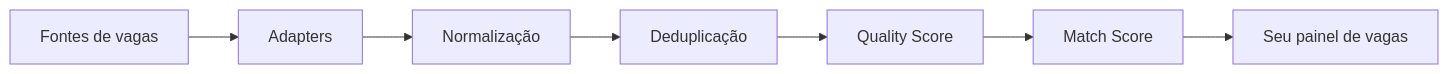
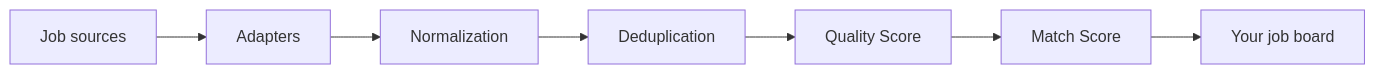
Before and after one commit to LucasMedici/rumo: the diagram in README.md, drawn with Mermaid. The commit also changed other lines of this file and 4 other files, not shown here.

````diff
--- a/README.md
+++ b/README.md
@@ -56,9 +58,9 @@
 ```mermaid
 flowchart LR
-    A[Fontes de vagas] --> B[Adapters]
-    B --> C[Normalização]
-    C --> D[Deduplicação]
+    A[Job sources] --> B[Adapters]
+    B --> C[Normalization]
+    C --> D[Deduplication]
     D --> E[Quality Score]
     E --> F[Match Score]
-    F --> G[Seu painel de vagas]
+    F --> G[Your job board]
 ```
````
